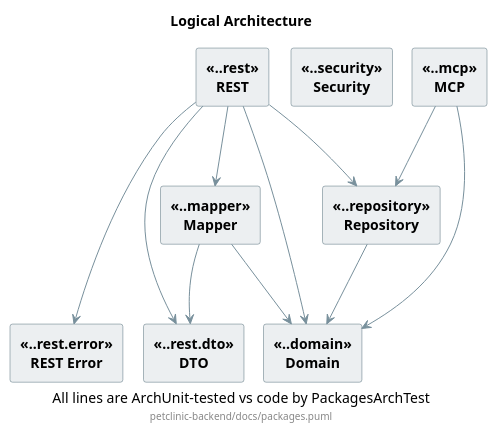
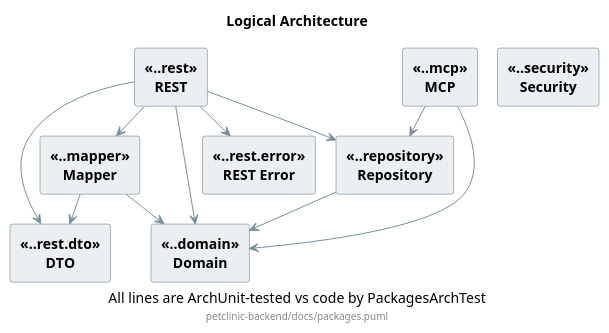
The diagram in petclinic-backend/docs/packages.puml (victorrentea/petclinic), drawn with PlantUML before and after one commit. The commit also changed 1 other file, not shown here.

Commit message:
docs(packages): drop the depth-stacking layout from the logical diagram
The dependency-depth ordering and the invisible `sepN` anchors that held
the rows apart are gone: the diagram now just declares the packages and
their real dependencies, letting Graphviz lay them out. Only the
cycles-are-red convention remains in the recipe header.

```diff
--- a/petclinic-backend/docs/packages.puml
+++ b/petclinic-backend/docs/packages.puml
@@ -1,87 +1,52 @@
 @startuml
 
 title Logical Architecture
 caption All lines are ArchUnit-tested vs code by PackagesArchTest
 footer petclinic-backend/docs/packages.puml
 
-' ── The recipe (portable — copy this whole layout trick to any project) ───────
-' 1. GRAVITY. A package is drawn below everything that depends on it, so every
-'    arrow points downwards. Depth of a package = length of the longest chain of
-'    dependencies starting at it; depth 0 (packages that depend on nothing) goes
-'    at the bottom. That is a computation, not an opinion — no layer names here.
-'
-' 2. INVISIBLE ANCHORS. Depths are held apart by a blank `label` per boundary,
-'    pinned by `-[hidden]->` arrows from every package above it and to every
-'    package below it. Nothing is drawn — the anchor only claims a row of its
-'    own, which is what forces the packages onto separate rows. Do NOT pin with
-'    hidden arrows between packages: ArchUnit reads those as real dependencies
-'    and the diagram would start permitting deps the code does not have. It
-'    drops the ones pointing at `sepN`, because `sepN` is not a component.
-'
-' 3. CYCLES ARE RED. A bidirectional dependency is ONE red double-headed line.
-'    ArchUnit cannot parse `<-->` arrows, so back each red line with two
-'    `-[hidden]->` arrows, which it *does* parse as the two directed edges:
-'        [A] <-[#red,thickness=2]-> [B]
-'        [A] -[hidden]-> [B]
-'        [B] -[hidden]-> [A]
-'    No cycle exists here today; the convention is in place so one shows up red.
+' ── The recipe (portable — copy this trick to any project) ───────────────────
+' CYCLES ARE RED. A bidirectional dependency is ONE red double-headed line.
+' ArchUnit cannot parse `<-->` arrows, so back each red line with two
+' `-[hidden]->` arrows, which it *does* parse as the two directed edges:
+'     [A] <-[#red,thickness=2]-> [B]
+'     [A] -[hidden]-> [B]
+'     [B] -[hidden]-> [A]
+' No cycle exists here today; the convention is in place so one shows up red.
 ' ─────────────────────────────────────────────────────────────────────────────
 
 skinparam shadowing false
 skinparam componentStyle rectangle
 skinparam nodesep 20
 skinparam ranksep 30
 <style>
 component {
   BackGroundColor #ECEFF1
   LineColor #546E7A
   FontStyle bold
 }
 arrow {
   LineColor #78909C
 }
 </style>
 
-' depth 2
 [REST] <<..rest>>
 [MCP] <<..mcp>>
 [Security] <<..security>>
-
-' depth 1
 [Mapper] <<..mapper>>
 [Repository] <<..repository>>
-
-' depth 0
 [DTO] <<..rest.dto>>
 [Domain] <<..domain>>
 [REST Error] <<..rest.error>>
-
-label " " as sep1
-label " " as sep2
 
 [Repository] --> [Domain]
 [Mapper] --> [Domain]
 [Mapper] --> [DTO]
 [REST] --> [Domain]
 [REST] --> [Repository]
 [REST] --> [Mapper]
 [REST] --> [DTO]
 [REST] --> [REST Error]
 [MCP] --> [Domain]
 [MCP] --> [Repository]
 
-' depth 2 sits above depth 1
-[REST] -[hidden]-> sep1
-[MCP] -[hidden]-> sep1
-[Security] -[hidden]-> sep1
-sep1 -[hidden]-> [Mapper]
-sep1 -[hidden]-> [Repository]
-
-' depth 1 sits above depth 0
-[Mapper] -[hidden]-> sep2
-[Repository] -[hidden]-> sep2
-sep2 -[hidden]-> [DTO]
-sep2 -[hidden]-> [Domain]
-sep2 -[hidden]-> [REST Error]
-
 @enduml
```
